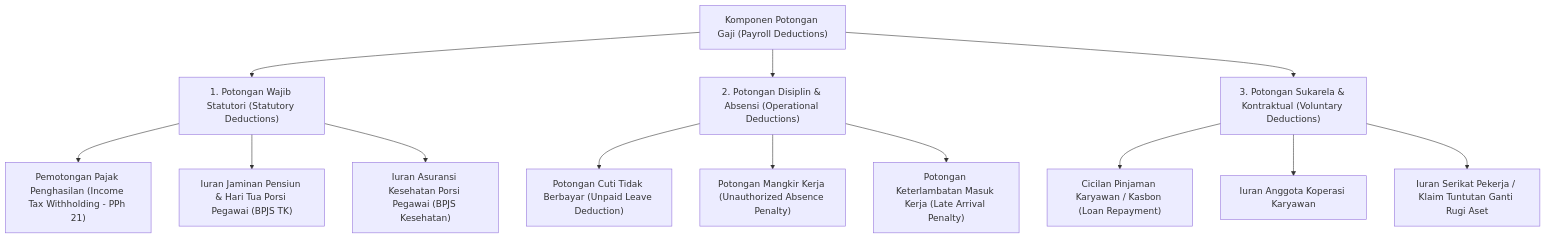
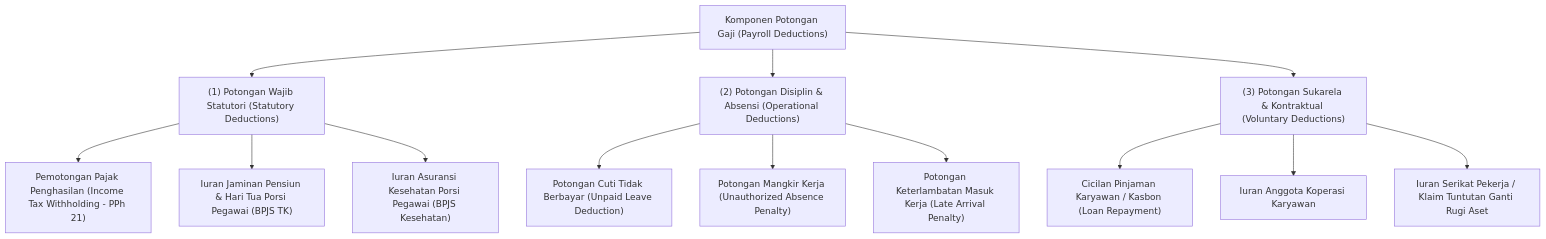
The second of 3 diagrams in content/10-hr/payroll-earnings-and-deductions.md (alimurrofid/erp-notes), drawn with Mermaid before and after one commit. The commit also changed other lines of this file and 132 other files, not shown here.

````diff
--- a/content/10-hr/payroll-earnings-and-deductions.md
+++ b/content/10-hr/payroll-earnings-and-deductions.md
@@ -66,19 +66,19 @@
 ```mermaid
 flowchart TD
     DED["Komponen Potongan Gaji (Payroll Deductions)"]
     
-    DED --> STAT["1. Potongan Wajib Statutori (Statutory Deductions)"]
+    DED --> STAT["(1) Potongan Wajib Statutori (Statutory Deductions)"]
     STAT --> S1["Pemotongan Pajak Penghasilan (Income Tax Withholding - PPh 21)"]
     STAT --> S2["Iuran Jaminan Pensiun & Hari Tua Porsi Pegawai (BPJS TK)"]
     STAT --> S3["Iuran Asuransi Kesehatan Porsi Pegawai (BPJS Kesehatan)"]
     
-    DED --> DISP["2. Potongan Disiplin & Absensi (Operational Deductions)"]
+    DED --> DISP["(2) Potongan Disiplin & Absensi (Operational Deductions)"]
     DISP --> D1["Potongan Cuti Tidak Berbayar (Unpaid Leave Deduction)"]
     DISP --> D2["Potongan Mangkir Kerja (Unauthorized Absence Penalty)"]
     DISP --> D3["Potongan Keterlambatan Masuk Kerja (Late Arrival Penalty)"]
     
-    DED --> VOL["3. Potongan Sukarela & Kontraktual (Voluntary Deductions)"]
+    DED --> VOL["(3) Potongan Sukarela & Kontraktual (Voluntary Deductions)"]
     VOL --> V1["Cicilan Pinjaman Karyawan / Kasbon (Loan Repayment)"]
     VOL --> V2["Iuran Anggota Koperasi Karyawan"]
     VOL --> V3["Iuran Serikat Pekerja / Klaim Tuntutan Ganti Rugi Aset"]
 ```
````
